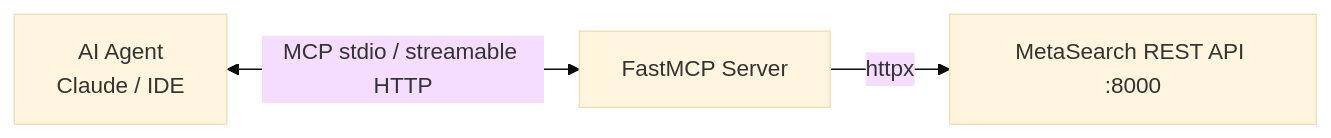
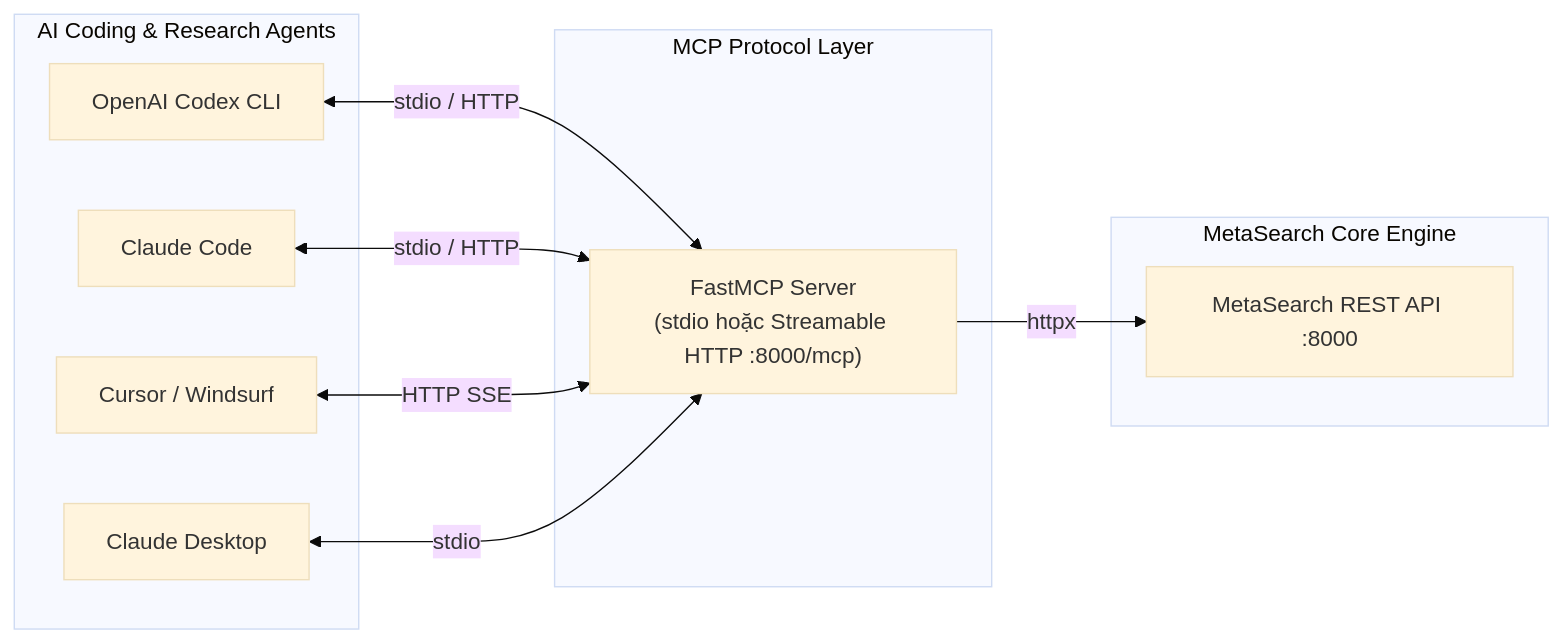
The diagram in docs/07-mcp-integration.md (hunglinhpt/MetaSearch), drawn with Mermaid (base theme) before and after one commit. The commit also changed other lines of this file and 18 other files, not shown here.

Commit message:
feat(core): SOTA upgrade v0.7.0 - vertical engines, Harness2 research, Dream-RSI simulator, durable jobs

````diff
--- a/docs/07-mcp-integration.md
+++ b/docs/07-mcp-integration.md
@@ -45,5 +45,23 @@
 ```mermaid
 flowchart LR
-    A[AI Agent<br/>Claude / IDE] <-->|MCP stdio / streamable HTTP| M[FastMCP Server]
-    M -->|httpx| API[MetaSearch REST API :8000]
+    subgraph Clients["AI Coding & Research Agents"]
+        CODEX["OpenAI Codex CLI"]
+        CC["Claude Code"]
+        CURSOR["Cursor / Windsurf"]
+        CD["Claude Desktop"]
+    end
+
+    subgraph MCP_Layer["MCP Protocol Layer"]
+        M["FastMCP Server<br/>(stdio hoặc Streamable HTTP :8000/mcp)"]
+    end
+
+    subgraph MetaSearch_Core["MetaSearch Core Engine"]
+        API["MetaSearch REST API :8000"]
+    end
+
+    CODEX <-->|stdio / HTTP| M
+    CC <-->|stdio / HTTP| M
+    CURSOR <-->|HTTP SSE| M
+    CD <-->|stdio| M
+    M -->|httpx| API
 ```
````
